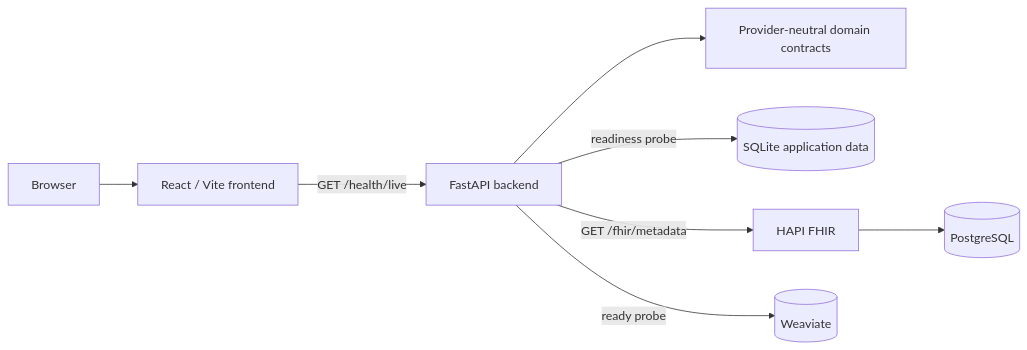
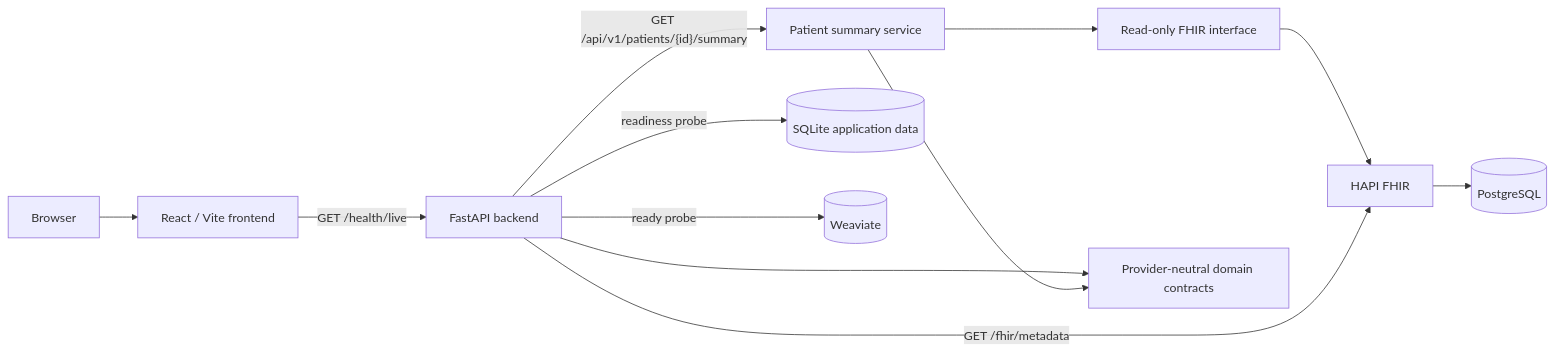
Before and after one commit to sanket-nawghare/langchain-poc: the first of 4 diagrams in docs/ARCHITECTURE.md, drawn with Mermaid. The commit also changed other lines of this file and 8 other files, not shown here.

````diff
--- a/docs/ARCHITECTURE.md
+++ b/docs/ARCHITECTURE.md
@@ -10,19 +10,24 @@
 ```mermaid
 flowchart LR
     Browser["Browser"]
     UI["React / Vite frontend"]
     API["FastAPI backend"]
+    Summary["Patient summary service"]
+    FHIRClient["Read-only FHIR interface"]
     Domain["Provider-neutral domain contracts"]
     SQLite[("SQLite application data")]
     HAPI["HAPI FHIR"]
     Postgres[("PostgreSQL")]
     Weaviate[("Weaviate")]
 
     Browser --> UI
     UI -->|"GET /health/live"| API
     API --> Domain
+    API -->|"GET /api/v1/patients/{id}/summary"| Summary
+    Summary --> FHIRClient --> HAPI
+    Summary --> Domain
     API -->|"readiness probe"| SQLite
     API -->|"GET /fhir/metadata"| HAPI
     API -->|"ready probe"| Weaviate
     HAPI --> Postgres
 ```
````
